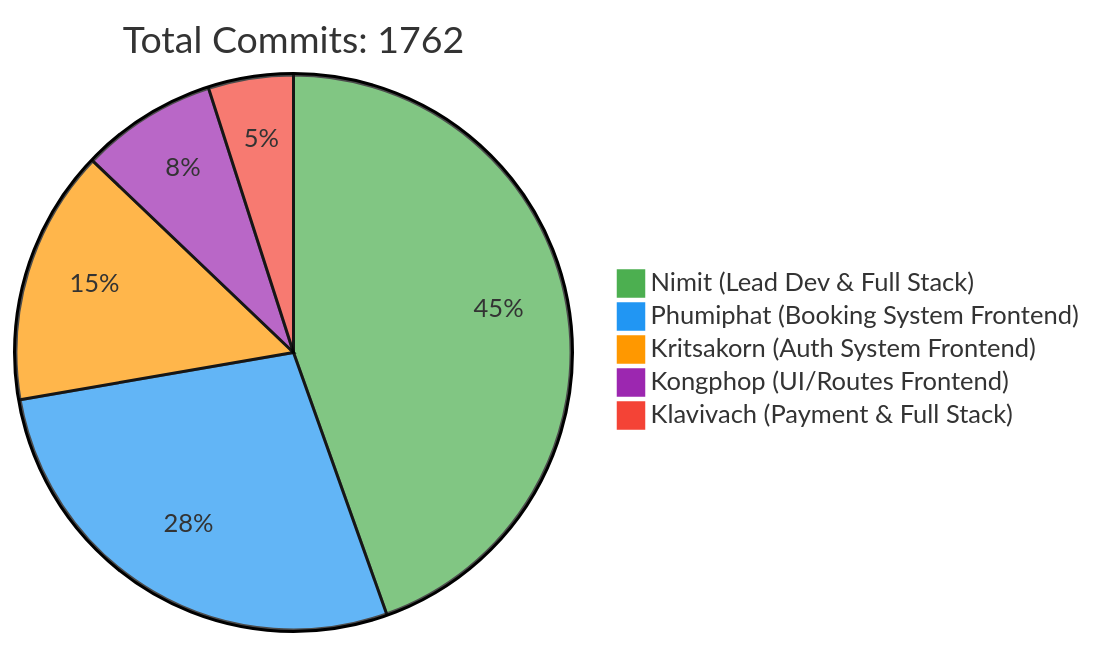
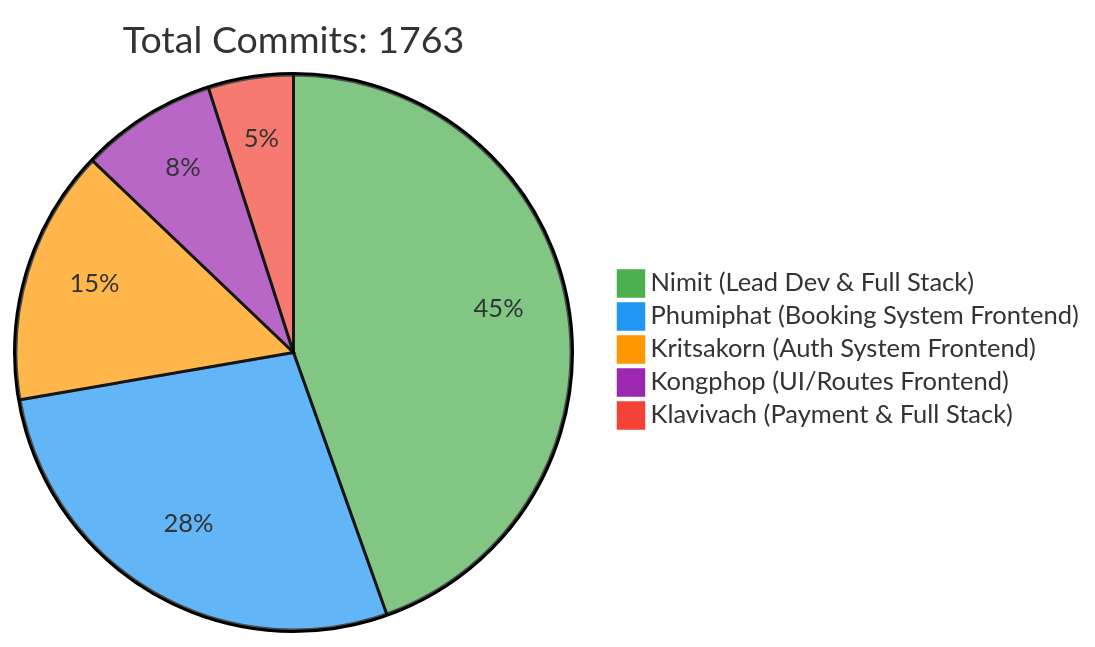
Before and after one commit to 6531503042/Sport-Complex: the first of 2 diagrams in README.md, drawn with Mermaid. The commit also changed other lines of this file, not shown here.

Commit message:
docs: Update contributor statistics [skip ci]

````diff
--- a/README.md
+++ b/README.md
@@ -257,10 +257,10 @@
 ```mermaid
 %%{init: {'theme': 'base', 'themeVariables': { 'pie1': '#4CAF50', 'pie2': '#2196F3', 'pie3': '#FF9800', 'pie4': '#9C27B0', 'pie5': '#F44336'}}}%%
 pie
-    title Total Commits: 1762
+    title Total Commits: 1763
     "Nimit (Lead Dev & Full Stack)" : 450
     "Phumiphat (Booking System Frontend)" : 280
     "Kritsakorn (Auth System Frontend)" : 150
     "Kongphop (UI/Routes Frontend)" : 80
     "Klavivach (Payment & Full Stack)" : 50
 ```
````
